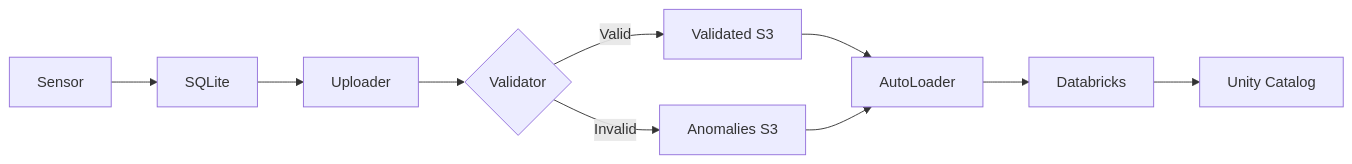
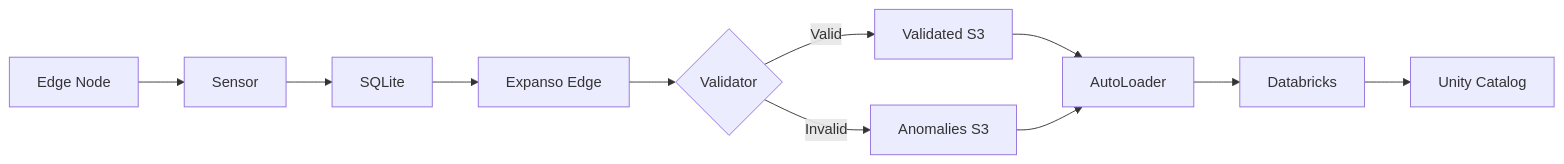
Before and after one commit to bacalhau-project/aerolake: the diagram in README.md, drawn with Mermaid. The commit also changed other lines of this file and 97 other files, not shown here.

````diff
--- a/README.md
+++ b/README.md
@@ -52,12 +52,13 @@
 ```mermaid
 graph LR
-    A[Sensor] --> B[SQLite]
-    B --> C[Uploader]
-    C --> D{Validator}
-    D -->|Valid| E[Validated S3]
-    D -->|Invalid| F[Anomalies S3]
-    E --> G[AutoLoader]
-    F --> G
-    G --> H[Databricks]
-    H --> I[Unity Catalog]
+    A[Edge Node] --> B[Sensor]
+    B --> C[SQLite]
+    C --> D[Expanso Edge]
+    D --> E{Validator}
+    E -->|Valid| F[Validated S3]
+    E -->|Invalid| G[Anomalies S3]
+    F --> H[AutoLoader]
+    G --> H
+    H --> I[Databricks]
+    I --> J[Unity Catalog]
 ```
````
